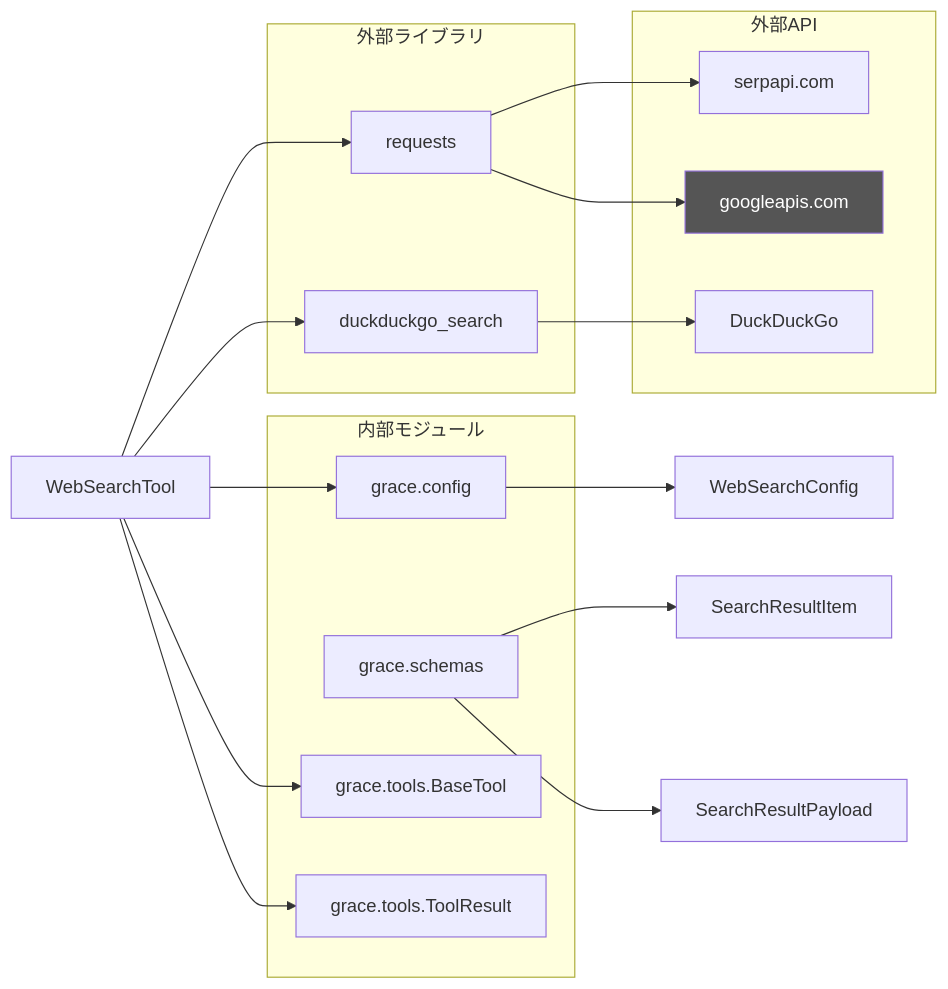
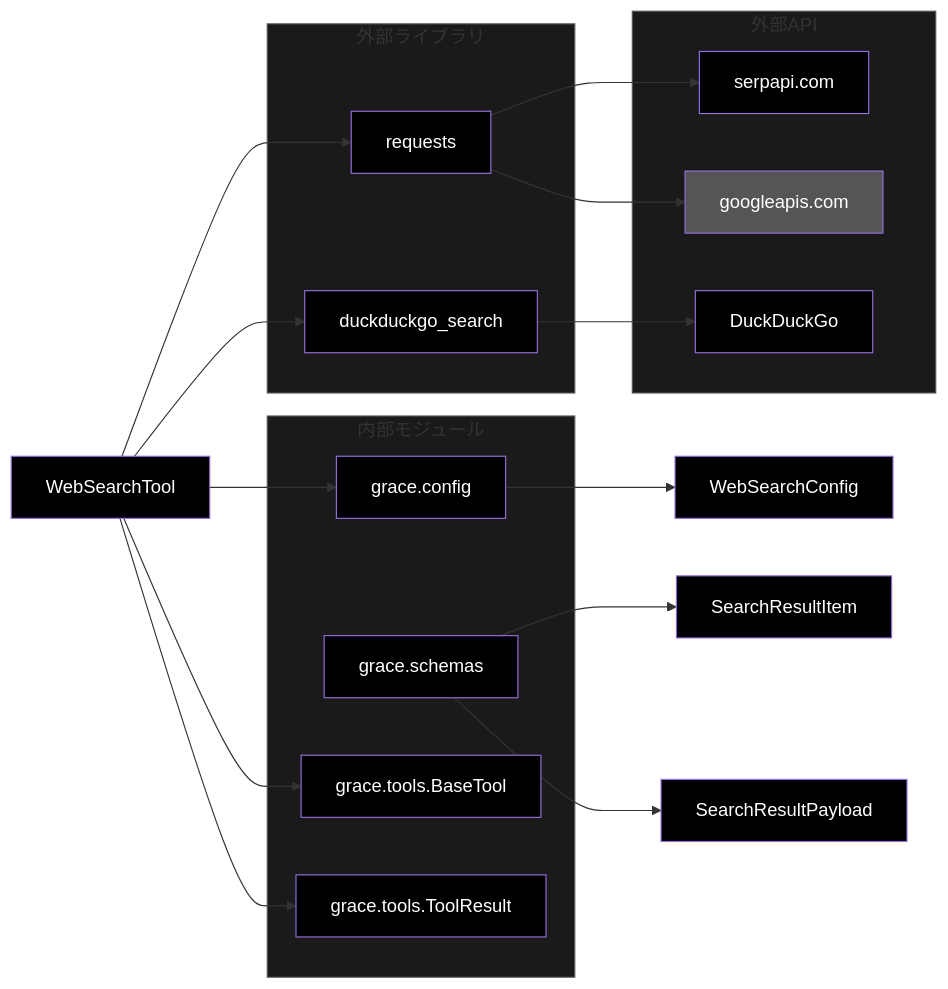
Before and after one commit to nakashima2toshio/anthropic_grace_agent: the fifth of 5 diagrams in grace/doc/web_search.md, drawn with Mermaid. The commit also changed other lines of this file and 63 other files, not shown here.

````diff
--- a/grace/doc/web_search.md
+++ b/grace/doc/web_search.md
@@ -1081,38 +1146,53 @@
 ```mermaid
 flowchart LR
     WEBSEARCH["WebSearchTool"]
 
     subgraph EXTERNAL["外部ライブラリ"]
         REQUESTS["requests"]
         DDG_LIB["duckduckgo_search"]
     end
 
     subgraph INTERNAL["内部モジュール"]
         CONFIG["grace.config"]
         SCHEMAS["grace.schemas"]
         BASE["grace.tools.BaseTool"]
         TOOLRESULT["grace.tools.ToolResult"]
     end
 
     subgraph API["外部API"]
         SERPAPI_EP["serpapi.com"]
         DDG_EP["DuckDuckGo"]
         GOOGLE_EP["googleapis.com"]
     end
 
     WEBSEARCH --> REQUESTS
     WEBSEARCH --> DDG_LIB
     WEBSEARCH --> CONFIG
     WEBSEARCH --> BASE
     WEBSEARCH --> TOOLRESULT
 
     REQUESTS --> SERPAPI_EP
     REQUESTS --> GOOGLE_EP
     DDG_LIB --> DDG_EP
 
     CONFIG --> WS_CFG["WebSearchConfig"]
     SCHEMAS --> SRI["SearchResultItem"]
     SCHEMAS --> SRP["SearchResultPayload"]
 
+    style WEBSEARCH fill:#000,color:#fff
+    style REQUESTS fill:#000,color:#fff
+    style DDG_LIB fill:#000,color:#fff
+    style CONFIG fill:#000,color:#fff
+    style SCHEMAS fill:#000,color:#fff
+    style BASE fill:#000,color:#fff
+    style TOOLRESULT fill:#000,color:#fff
+    style SERPAPI_EP fill:#000,color:#fff
+    style DDG_EP fill:#000,color:#fff
     style GOOGLE_EP fill:#555,color:#fff
+    style WS_CFG fill:#000,color:#fff
+    style SRI fill:#000,color:#fff
+    style SRP fill:#000,color:#fff
+    style EXTERNAL fill:#1a1a1a,stroke:#555
+    style INTERNAL fill:#1a1a1a,stroke:#555
+    style API fill:#1a1a1a,stroke:#555
 ```
````
